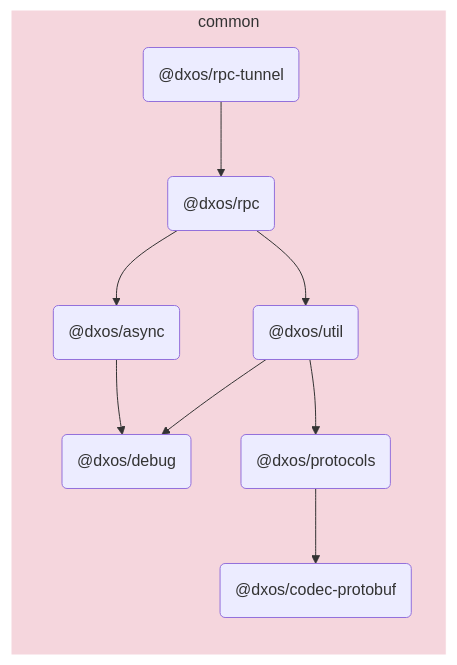
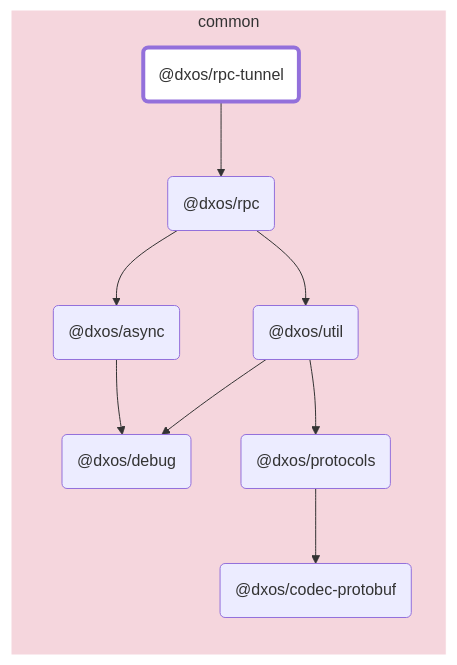
One commit to dxos/dxos changed the diagram in packages/common/rpc-tunnel/docs/README.md. Above: the diagram before and after it, drawn with Mermaid. The commit also changed other lines of this file and 88 other files, not shown here.

````diff
--- a/packages/common/rpc-tunnel/docs/README.md
+++ b/packages/common/rpc-tunnel/docs/README.md
@@ -5,22 +7,31 @@
 ```mermaid
 flowchart LR;
+
+style dxos/rpc-tunnel fill:#fff,stroke-width:4px;
+
+click dxos/rpc "https:/github.com/dxos/dxos/tree/main/packages/common/rpc/docs";
+click dxos/async "https:/github.com/dxos/dxos/tree/main/packages/common/async/docs";
+click dxos/codec-protobuf "https:/github.com/dxos/dxos/tree/main/packages/common/codec-protobuf/docs";
+click dxos/debug "https:/github.com/dxos/dxos/tree/main/packages/common/debug/docs";
+click dxos/protocols "https:/github.com/dxos/dxos/tree/main/packages/common/protocols/docs";
+click dxos/util "https:/github.com/dxos/dxos/tree/main/packages/common/util/docs";
 
 subgraph common
   style common fill:#f5d6dd,stroke:#fff;
   dxos/rpc-tunnel("@dxos/rpc-tunnel");
   dxos/rpc("@dxos/rpc");
   dxos/async("@dxos/async");
   dxos/debug("@dxos/debug");
   dxos/codec-protobuf("@dxos/codec-protobuf");
   dxos/protocols("@dxos/protocols");
   dxos/util("@dxos/util");
 end
 
 dxos/rpc-tunnel --> dxos/rpc;
 dxos/rpc --> dxos/async;
 dxos/async --> dxos/debug;
 dxos/protocols --> dxos/codec-protobuf;
 dxos/rpc --> dxos/util;
 dxos/util --> dxos/debug;
 dxos/util --> dxos/protocols;
 ```
````
